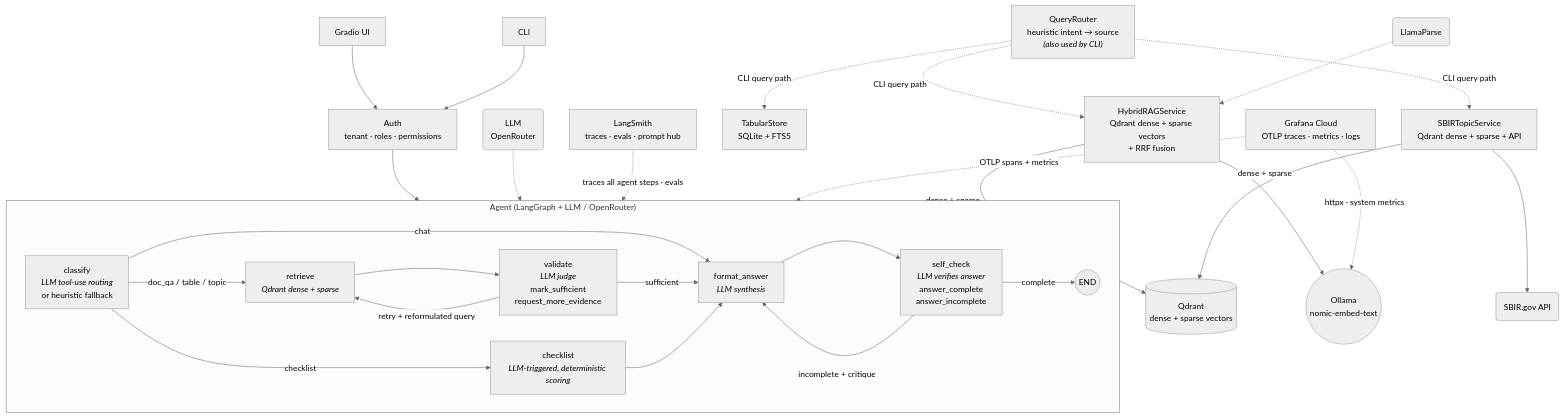
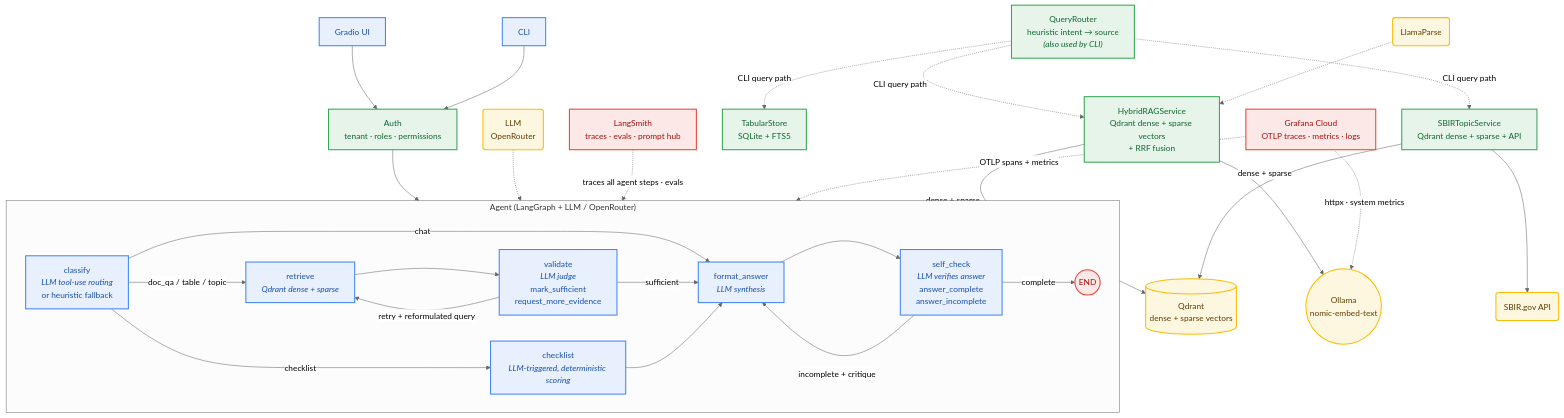
The diagram in README.md (DimasDuran/GovGrant-AI), drawn with Mermaid (neutral theme) before and after one commit.

Commit message:
style: Google-palette colors on mermaid architecture diagram

````diff
--- a/README.md
+++ b/README.md
@@ -118,4 +118,27 @@
     LS -.->|traces all agent steps · evals| AGENT
     GF -.->|OTLP spans + metrics| AGENT
     GF -.->|httpx · system metrics| OLL
+
+    %% Styles (Google palette)
+    style UI fill:#e8f0fe,stroke:#4285F4,stroke-width:2px,color:#174ea6
+    style CLI fill:#e8f0fe,stroke:#4285F4,stroke-width:2px,color:#174ea6
+    style AUTH fill:#e6f4ea,stroke:#34A853,stroke-width:2px,color:#0d652d
+    style C fill:#e8f0fe,stroke:#4285F4,stroke-width:2px,color:#174ea6
+    style R fill:#e8f0fe,stroke:#4285F4,stroke-width:2px,color:#174ea6
+    style V fill:#e8f0fe,stroke:#4285F4,stroke-width:2px,color:#174ea6
+    style F fill:#e8f0fe,stroke:#4285F4,stroke-width:2px,color:#174ea6
+    style S fill:#e8f0fe,stroke:#4285F4,stroke-width:2px,color:#174ea6
+    style CK fill:#e8f0fe,stroke:#4285F4,stroke-width:2px,color:#174ea6
+    style E fill:#fce8e6,stroke:#EA4335,stroke-width:2px,color:#a50e0e
+    style ROUTER fill:#e6f4ea,stroke:#34A853,stroke-width:2px,color:#0d652d
+    style HR fill:#e6f4ea,stroke:#34A853,stroke-width:2px,color:#0d652d
+    style SBIR fill:#e6f4ea,stroke:#34A853,stroke-width:2px,color:#0d652d
+    style TABULAR fill:#e6f4ea,stroke:#34A853,stroke-width:2px,color:#0d652d
+    style QD fill:#fef7e0,stroke:#FBBC05,stroke-width:2px,color:#5c3b00
+    style OLL fill:#fef7e0,stroke:#FBBC05,stroke-width:2px,color:#5c3b00
+    style LLAMA fill:#fef7e0,stroke:#FBBC05,stroke-width:2px,color:#5c3b00
+    style ANTH fill:#fef7e0,stroke:#FBBC05,stroke-width:2px,color:#5c3b00
+    style SBIRAPI fill:#fef7e0,stroke:#FBBC05,stroke-width:2px,color:#5c3b00
+    style LS fill:#fce8e6,stroke:#EA4335,stroke-width:2px,color:#a50e0e
+    style GF fill:#fce8e6,stroke:#EA4335,stroke-width:2px,color:#a50e0e
 ```
````
